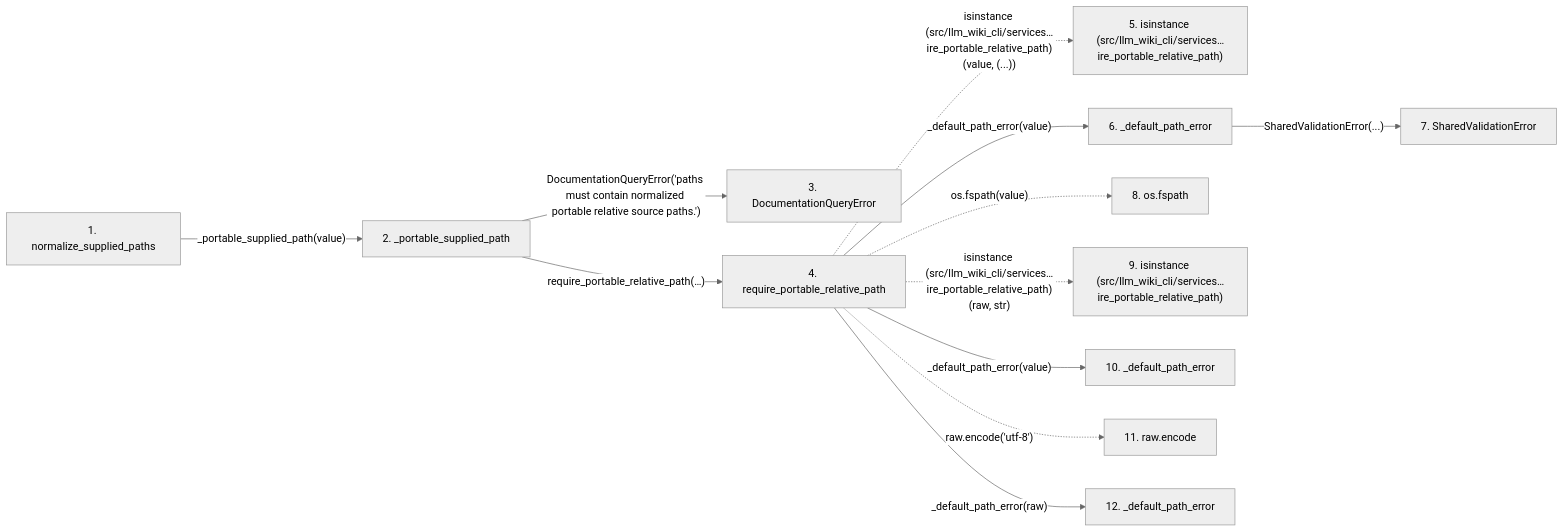
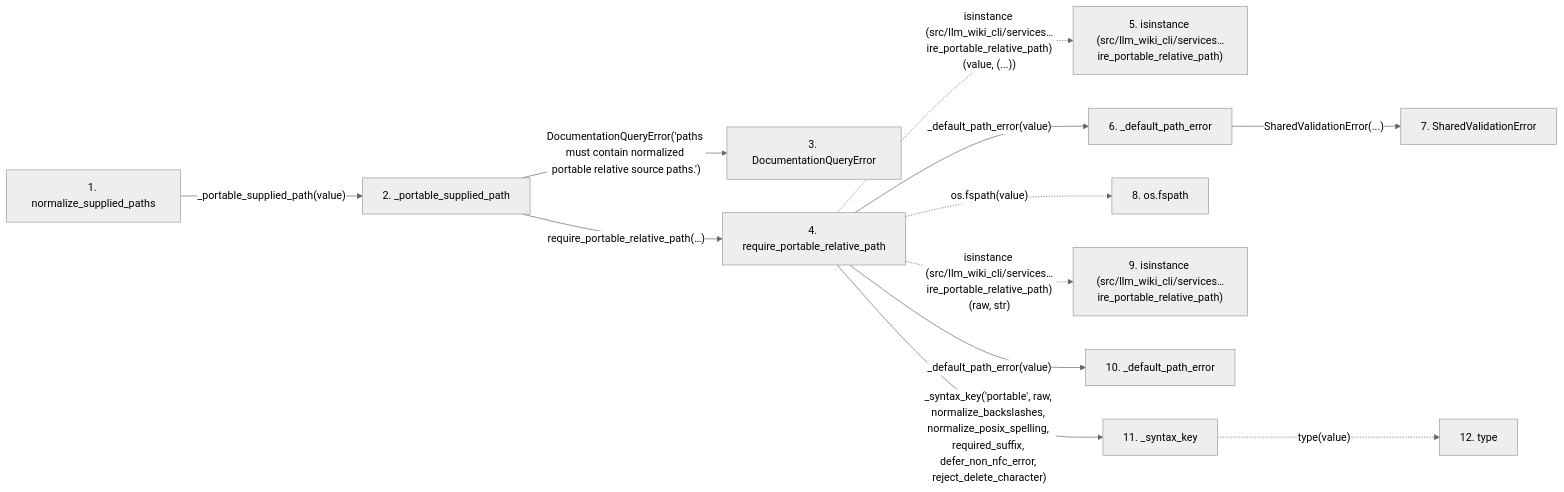
The second of 2 diagrams in docs/llm_wiki/flows/api-normalize_supplied_paths.md (Denissvgn/python-wiki-llm), drawn with Mermaid (neutral theme) before and after one commit. The commit also changed other lines of this file and 865 other files, not shown here.

````diff
--- a/docs/llm_wiki/flows/api-normalize_supplied_paths.md
+++ b/docs/llm_wiki/flows/api-normalize_supplied_paths.md
@@ -71,34 +72,34 @@
 ```mermaid
 flowchart LR
     s1["1. normalize_supplied_paths"]
     s2["2. _portable_supplied_path"]
     s3["3. DocumentationQueryError"]
     s4["4. require_portable_relative_path"]
     s5["5. isinstance (src/llm_wiki_cli/services…ire_portable_relative_path)"]
     s6["6. _default_path_error"]
     s7["7. SharedValidationError"]
     s8["8. os.fspath"]
     s9["9. isinstance (src/llm_wiki_cli/services…ire_portable_relative_path)"]
     s10["10. _default_path_error"]
-    s11["11. raw.encode"]
-    s12["12. _default_path_error"]
+    s11["11. _syntax_key"]
+    s12["12. type"]
     s1 -->|"_portable_supplied_path(value)"| s2
     s2 -->|"DocumentationQueryError('paths must contain normalized portable relative source paths.')"| s3
     s2 -->|"require_portable_relative_path(…)"| s4
     s4 -. "isinstance (src/llm_wiki_cli/services…ire_portable_relative_path)(value, (...))" .-> s5
     s4 -->|"_default_path_error(value)"| s6
     s6 -->|"SharedValidationError(...)"| s7
     s4 -. "os.fspath(value)" .-> s8
     s4 -. "isinstance (src/llm_wiki_cli/services…ire_portable_relative_path)(raw, str)" .-> s9
     s4 -->|"_default_path_error(value)"| s10
-    s4 -. "raw.encode('utf-8')" .-> s11
-    s4 -->|"_default_path_error(raw)"| s12
+    s4 -->|"_syntax_key('portable', raw, normalize_backslashes, normalize_posix_spelling, required_suffix, defer_non_nfc_error, reject_delete_character)"| s11
+    s11 -. "type(value)" .-> s12
     click s1 "../modules/documentation_query_builder.md"
     click s2 "../modules/documentation_query_builder.md"
     click s3 "../modules/documentation_queries.md"
     click s4 "../modules/validation.md"
     click s6 "../modules/validation.md"
     click s7 "../modules/validation.md"
     click s10 "../modules/validation.md"
-    click s12 "../modules/validation.md"
+    click s11 "../modules/validation.md"
 ```
````
